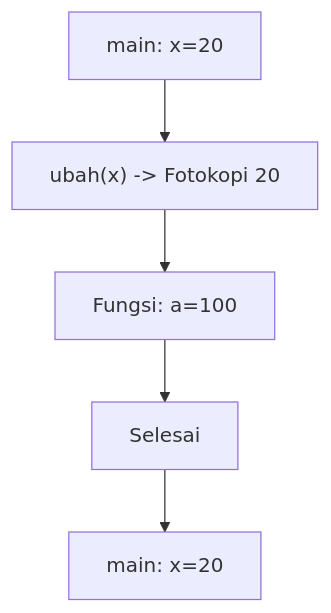
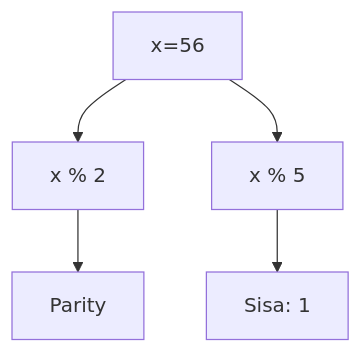
One commit to amnahwaida/OSNK_INF_PREP changed diagram 13 of 25 in part-c-pemahaman-cpp/04-fungsi/latihan/set-05.md. Above: the diagram before and after it, drawn with Mermaid. The commit also changed other lines of this file and 71 other files, not shown here.

````diff
--- a/part-c-pemahaman-cpp/04-fungsi/latihan/set-05.md
+++ b/part-c-pemahaman-cpp/04-fungsi/latihan/set-05.md
@@ -396,7 +383,7 @@
 ```mermaid
 graph TD
-    A[main: x=20] --> B["ubah(x) -> Fotokopi 20"]
-    B --> C[Fungsi: a=100]
-    C --> D[Selesai]
-    D --> E[main: x=20]
+A[x=56] --> B[x % 2]
+B --> C[Parity]
+A --> D[x % 5]
+D --> E[Sisa: 1]
 ```
````
